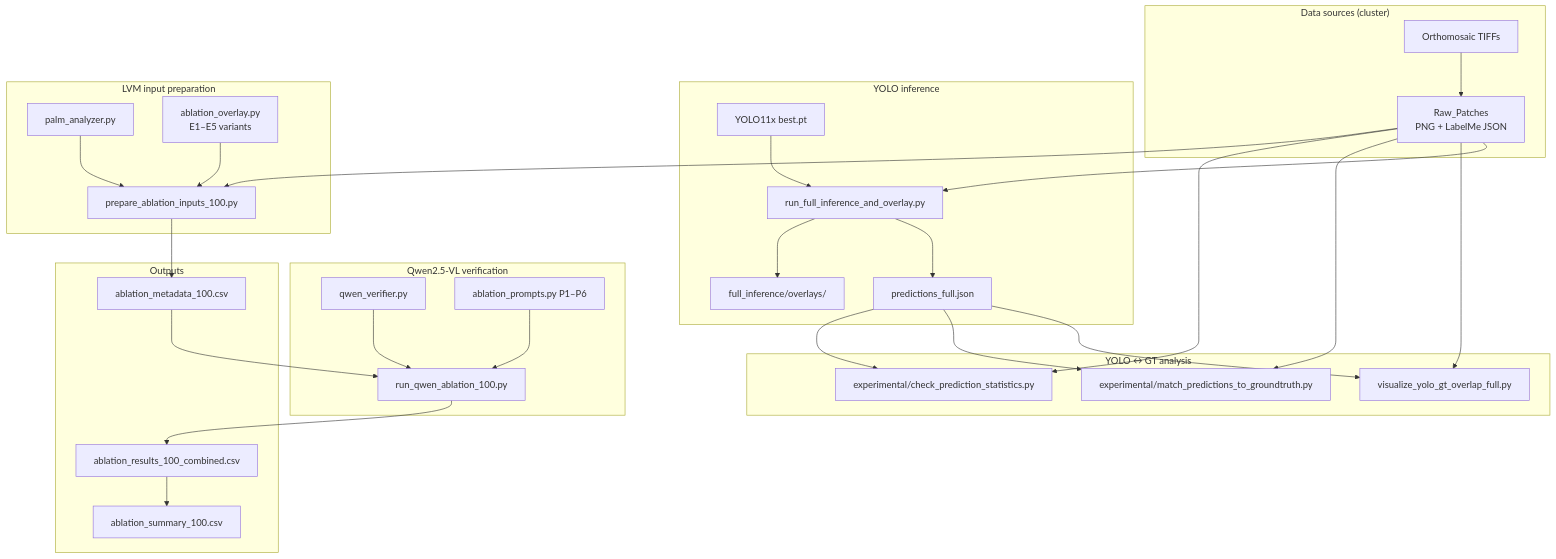
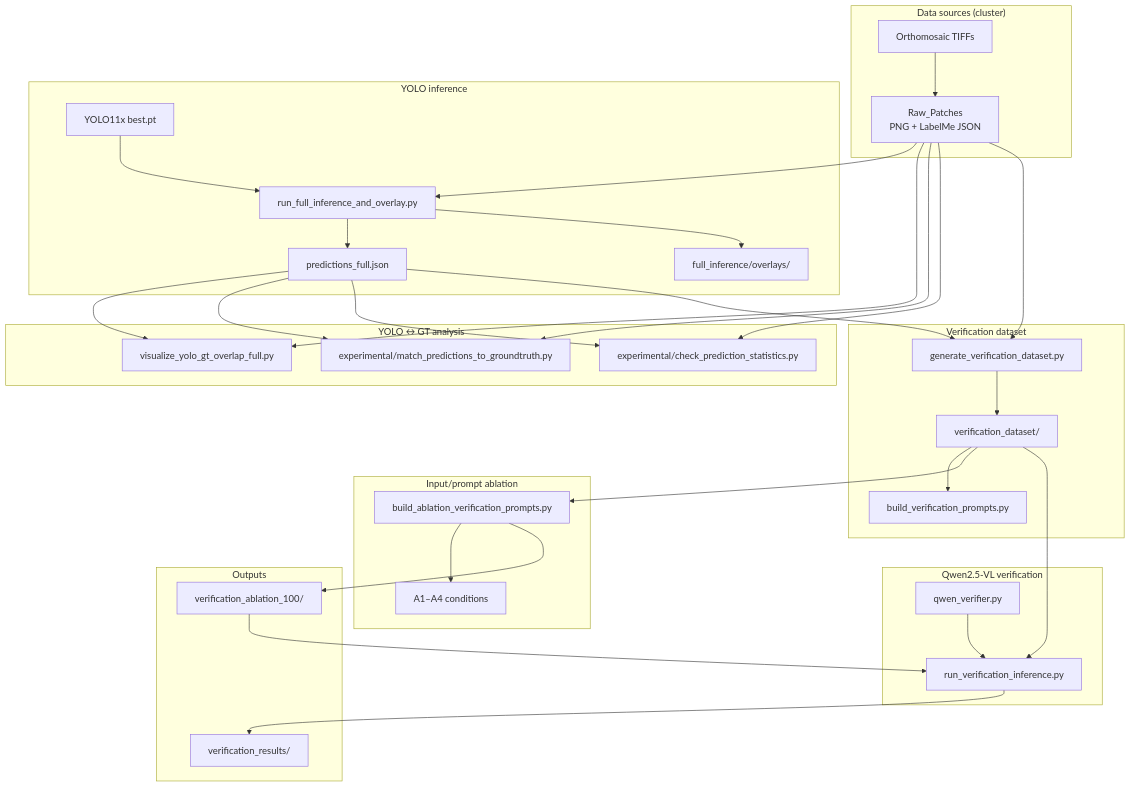
Before and after one commit to AnnieZX/wild-palm-lvm-verification: the diagram in README.md, drawn with Mermaid. The commit also changed other lines of this file and 19 other files, not shown here.

Commit message:
update the ablation study for different input format

````diff
--- a/README.md
+++ b/README.md
@@ -36,60 +36,65 @@
 ```mermaid
 flowchart TB
     subgraph Sources["Data sources (cluster)"]
         OM["Orthomosaic TIFFs"]
         RP["Raw_Patches<br/>PNG + LabelMe JSON"]
     end
 
     subgraph YOLO["YOLO inference"]
         YM["YOLO11x best.pt"]
         INF["run_full_inference_and_overlay.py"]
         PJ["predictions_full.json"]
         YOV["full_inference/overlays/"]
     end
 
     subgraph QA["YOLO ↔ GT analysis"]
         OVL["visualize_yolo_gt_overlap_full.py"]
         MAT["experimental/match_predictions_to_groundtruth.py"]
         STA["experimental/check_prediction_statistics.py"]
     end
 
-    subgraph Prep["LVM input preparation"]
-        PA["palm_analyzer.py"]
-        ABL["ablation_overlay.py<br/>E1–E5 variants"]
-        PREP["prepare_ablation_inputs_100.py"]
+    subgraph Prep["Verification dataset"]
+        GEN["generate_verification_dataset.py"]
+        PRM["build_verification_prompts.py"]
+        VD["verification_dataset/"]
+    end
+
+    subgraph Abl["Input/prompt ablation"]
+        ABLB["build_ablation_verification_prompts.py"]
+        A1["A1–A4 conditions"]
     end
 
     subgraph LVM["Qwen2.5-VL verification"]
         QW["qwen_verifier.py"]
-        PR["ablation_prompts.py P1–P6"]
-        RUN["run_qwen_ablation_100.py"]
+        RUN["run_verification_inference.py"]
     end
 
     subgraph Out["Outputs"]
-        META["ablation_metadata_100.csv"]
-        RES["ablation_results_100_combined.csv"]
-        SUM["ablation_summary_100.csv"]
+        RES["verification_results/"]
+        ABLR["verification_ablation_100/"]
     end
 
     OM --> RP
     RP --> INF
     YM --> INF
     INF --> PJ
     INF --> YOV
     RP --> OVL
     PJ --> OVL
     RP --> MAT
     PJ --> MAT
     RP --> STA
     PJ --> STA
 
-    RP --> PREP
-    PA --> PREP
-    ABL --> PREP
-    PREP --> META
-    META --> RUN
+    PJ --> GEN
+    RP --> GEN
+    GEN --> VD
+    VD --> PRM
+    VD --> ABLB
+    ABLB --> A1
+    ABLB --> ABLR
+    VD --> RUN
+    ABLR --> RUN
     QW --> RUN
-    PR --> RUN
     RUN --> RES
-    RES --> SUM
 ```
````
